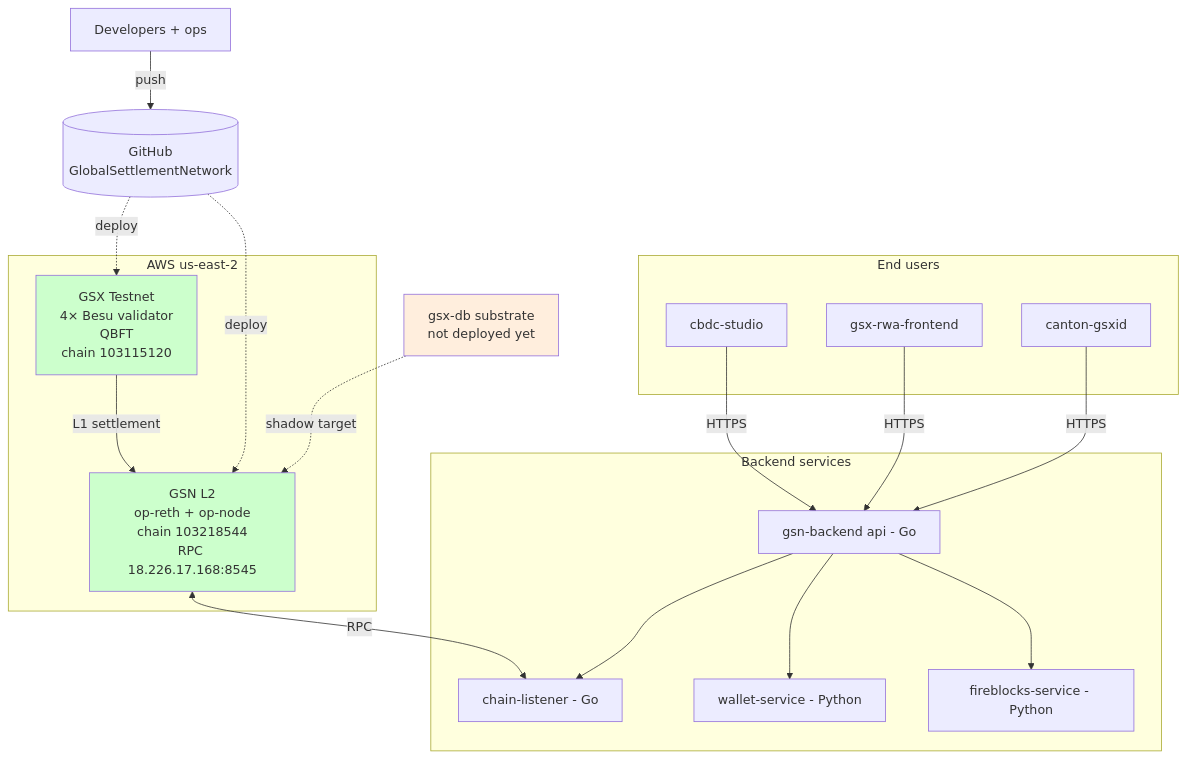
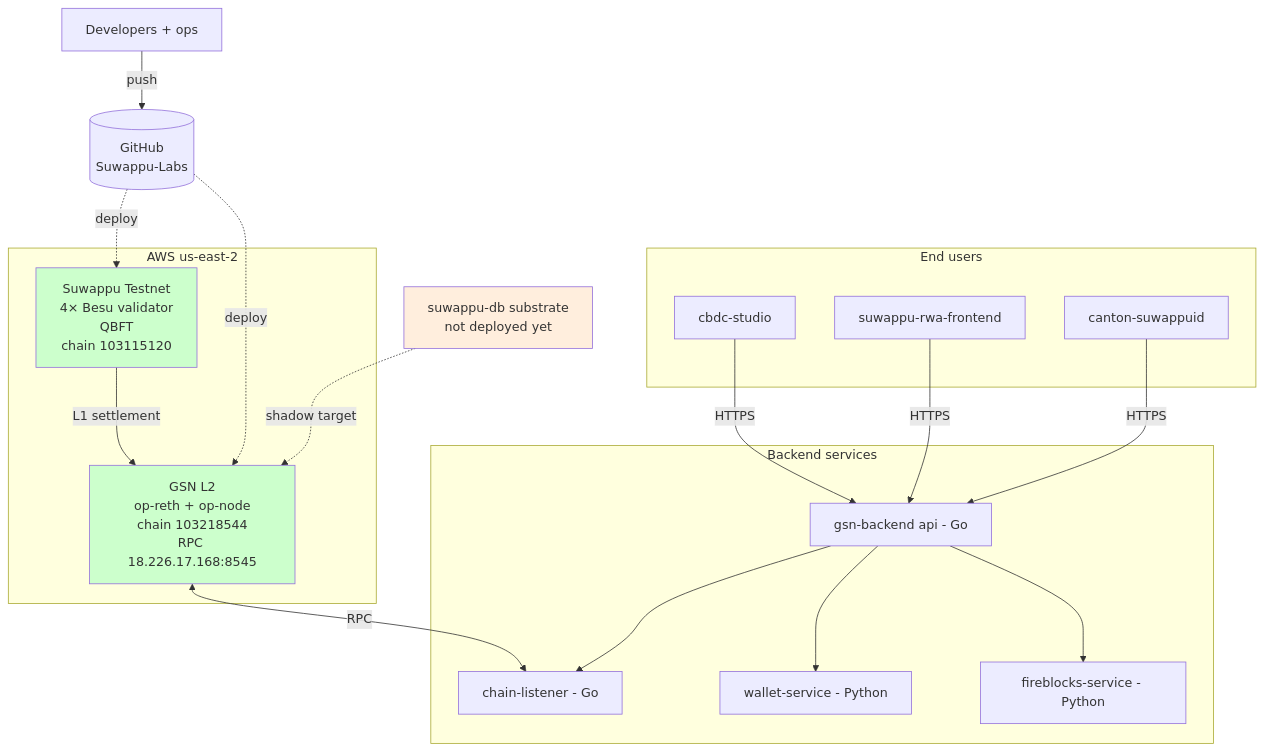
The first of 4 diagrams in docs/architecture/deployment-topology.md (Suwappu-Labs/suwappu-db), drawn with Mermaid before and after one commit. The commit also changed other lines of this file and 232 other files, not shown here.

First line of the commit message:
chore: rebrand gsx-db -> suwappu-db (crates, code, docs)

````diff
--- a/docs/architecture/deployment-topology.md
+++ b/docs/architecture/deployment-topology.md
@@ -8,44 +8,44 @@
 ```mermaid
 flowchart TB
     Devs[Developers + ops]
-    GH[(GitHub<br/>GlobalSettlementNetwork)]
+    GH[(GitHub<br/>Suwappu-Labs)]
     Devs -->|push| GH
 
     subgraph AWS[AWS us-east-2]
-        Besu[GSX Testnet<br/>4× Besu validator<br/>QBFT<br/>chain 103115120]
+        Besu[Suwappu Testnet<br/>4× Besu validator<br/>QBFT<br/>chain 103115120]
         OPStack[GSN L2<br/>op-reth + op-node<br/>chain 103218544<br/>RPC 18.226.17.168:8545]
         Besu -->|L1 settlement| OPStack
     end
 
     GH -.deploy.-> Besu
     GH -.deploy.-> OPStack
 
     subgraph Backend[Backend services]
         API[gsn-backend api - Go]
         ChainListen[chain-listener - Go]
         Wallet[wallet-service - Python]
         FB[fireblocks-service - Python]
     end
 
     OPStack <--RPC--> ChainListen
     API --> ChainListen
     API --> Wallet
     API --> FB
 
     subgraph Frontend[End users]
         CBDC[cbdc-studio]
-        RWA[gsx-rwa-frontend]
-        Identity[canton-gsxid]
+        RWA[suwappu-rwa-frontend]
+        Identity[canton-suwappuid]
     end
 
     CBDC -->|HTTPS| API
     RWA -->|HTTPS| API
     Identity -->|HTTPS| API
 
-    GsxDB[gsx-db substrate<br/>not deployed yet]
-    GsxDB -.shadow target.-> OPStack
+    SuwappuDB[suwappu-db substrate<br/>not deployed yet]
+    SuwappuDB -.shadow target.-> OPStack
 
-    style GsxDB fill:#fed
+    style SuwappuDB fill:#fed
     style Besu fill:#cfc
     style OPStack fill:#cfc
 ```
````
